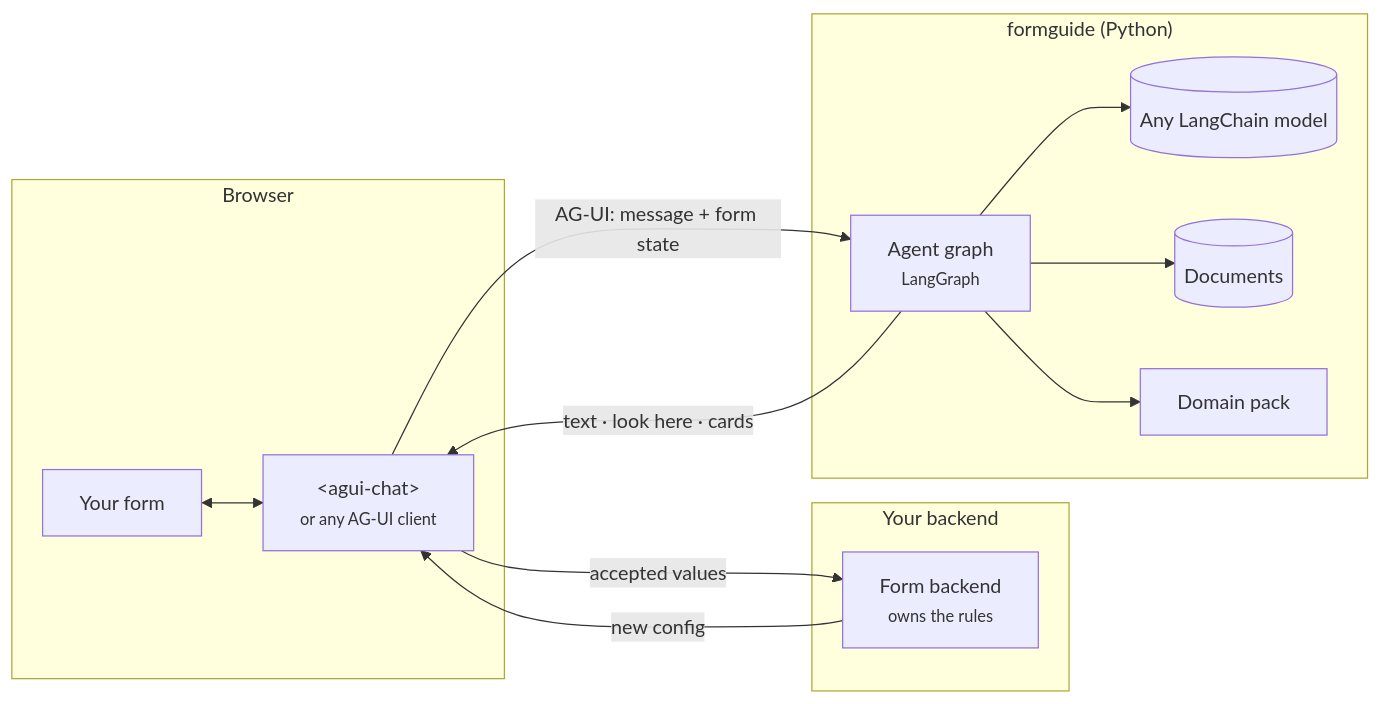
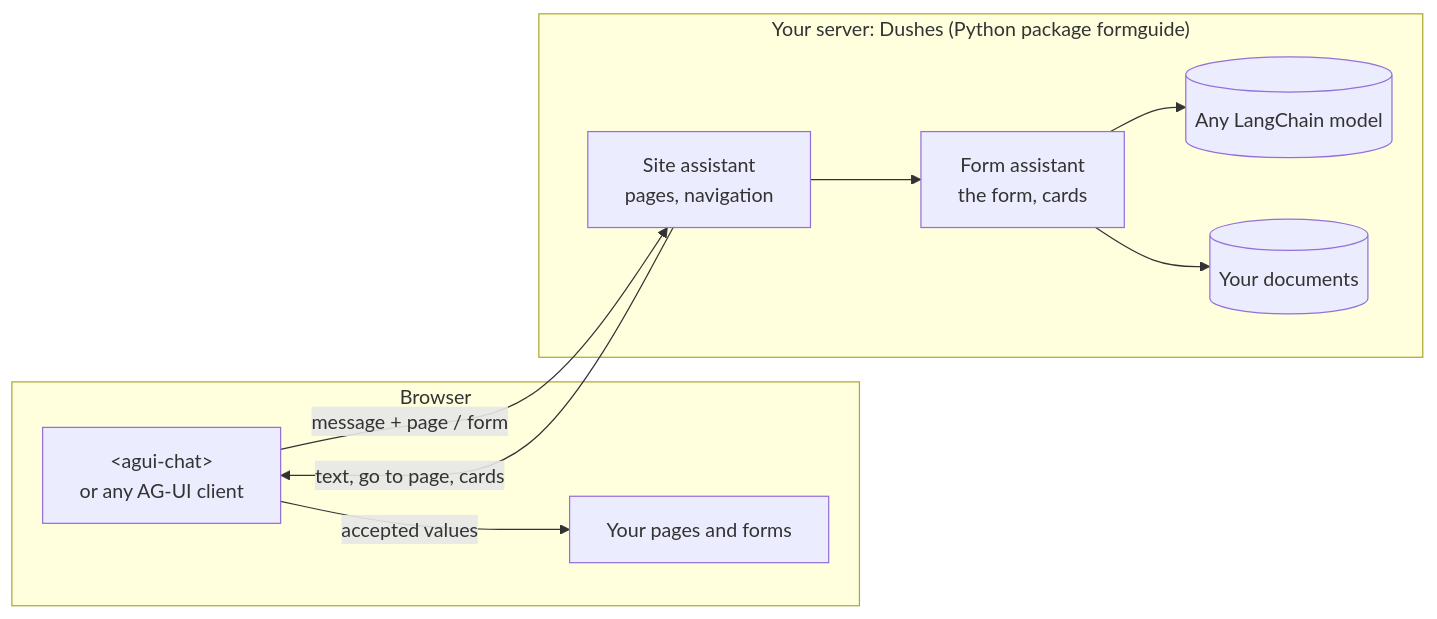
Before and after one commit to denvasylenko/dushes: the diagram in site/src/content/docs/getting-started/overview.mdx, drawn with Mermaid. The commit also changed other lines of this file and 52 other files, not shown here.

````diff
--- a/site/src/content/docs/getting-started/overview.mdx
+++ b/site/src/content/docs/getting-started/overview.mdx
@@ -12,18 +24,15 @@
 ```mermaid
 flowchart LR
   subgraph Browser
-    F[Your form] <--> W["&lt;agui-chat&gt;<br/><small>or any AG-UI client</small>"]
+    W["&lt;agui-chat&gt;<br/>or any AG-UI client"]
+    F[Your pages and forms]
   end
-  subgraph Your backend
-    B[Form backend<br/><small>owns the rules</small>]
+  subgraph Server["Your server: Dushes (Python package formguide)"]
+    S["Site assistant<br/>pages, navigation"] --> A["Form assistant<br/>the form, cards"]
+    A --> M[(Any LangChain model)]
+    A --> K[(Your documents)]
   end
-  subgraph formguide["formguide (Python)"]
-    A[Agent graph<br/><small>LangGraph</small>] --> M[(Any LangChain model)]
-    A --> K[(Documents)]
-    A --> P[Domain pack]
-  end
-  W -- "AG-UI: message + form state" --> A
-  A -- "text · look here · cards" --> W
-  W -- "accepted values" --> B
-  B -- "new config" --> W
+  W -- "message + page / form" --> S
+  S -- "text, go to page, cards" --> W
+  W -- "accepted values" --> F
 ```
````
